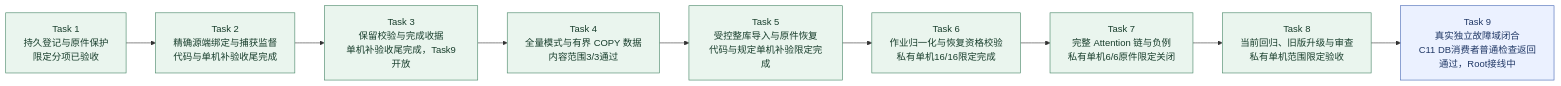
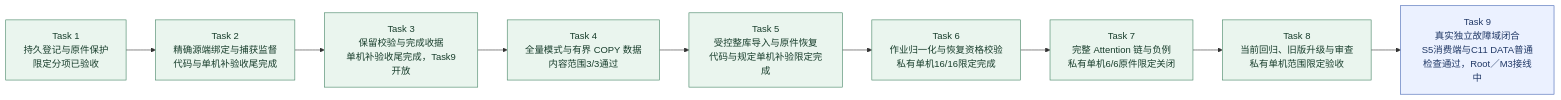
One commit to MansurnamedZhang/learning-system-p0c4 changed the second of 9 diagrams in docs/KnowWeave实施路线与系统架构.md. Above: the diagram before and after it, drawn with Mermaid. The commit also changed other lines of this file and 16 other files, not shown here.

````diff
--- a/docs/KnowWeave实施路线与系统架构.md
+++ b/docs/KnowWeave实施路线与系统架构.md
@@ -80,25 +80,25 @@
 ```mermaid
 flowchart LR
     C4T1["Task 1<br/>持久登记与原件保护<br/>限定分项已验收"]
     C4T2["Task 2<br/>精确源端绑定与捕获监督<br/>代码与单机补验收尾完成"]
     C4T3["Task 3<br/>保留校验与完成收据<br/>单机补验收尾完成，Task9开放"]
     C4T4["Task 4<br/>全量模式与有界 COPY 数据<br/>内容范围3/3通过"]
     C4T5["Task 5<br/>受控整库导入与原件恢复<br/>代码与规定单机补验限定完成"]
     C4T6["Task 6<br/>作业归一化与恢复资格校验<br/>私有单机16/16限定完成"]
     C4T7["Task 7<br/>完整 Attention 链与负例<br/>私有单机6/6原件限定关闭"]
     C4T8["Task 8<br/>当前回归、旧版升级与审查<br/>私有单机范围限定验收"]
-    C4T9["Task 9<br/>真实独立故障域闭合<br/>C11 DB消费者普通检查返回通过，Root接线中"]
+    C4T9["Task 9<br/>真实独立故障域闭合<br/>S5消费端与C11 DATA普通检查通过，Root／M3接线中"]
     C4T1 --> C4T2
     C4T2 --> C4T3
     C4T3 --> C4T4
     C4T4 --> C4T5
     C4T5 --> C4T6
     C4T6 --> C4T7
     C4T7 --> C4T8
     C4T8 --> C4T9
     class C4T1,C4T2,C4T3,C4T4,C4T5,C4T6,C4T7,C4T8 done
     class C4T9 next
     classDef done fill:#eaf5ee,stroke:#438363,color:#173d2b
     classDef next fill:#ebf1ff,stroke:#4365b4,color:#203866
     classDef planned fill:#f2f4f8,stroke:#8591a3,color:#28354b
 ```
````
